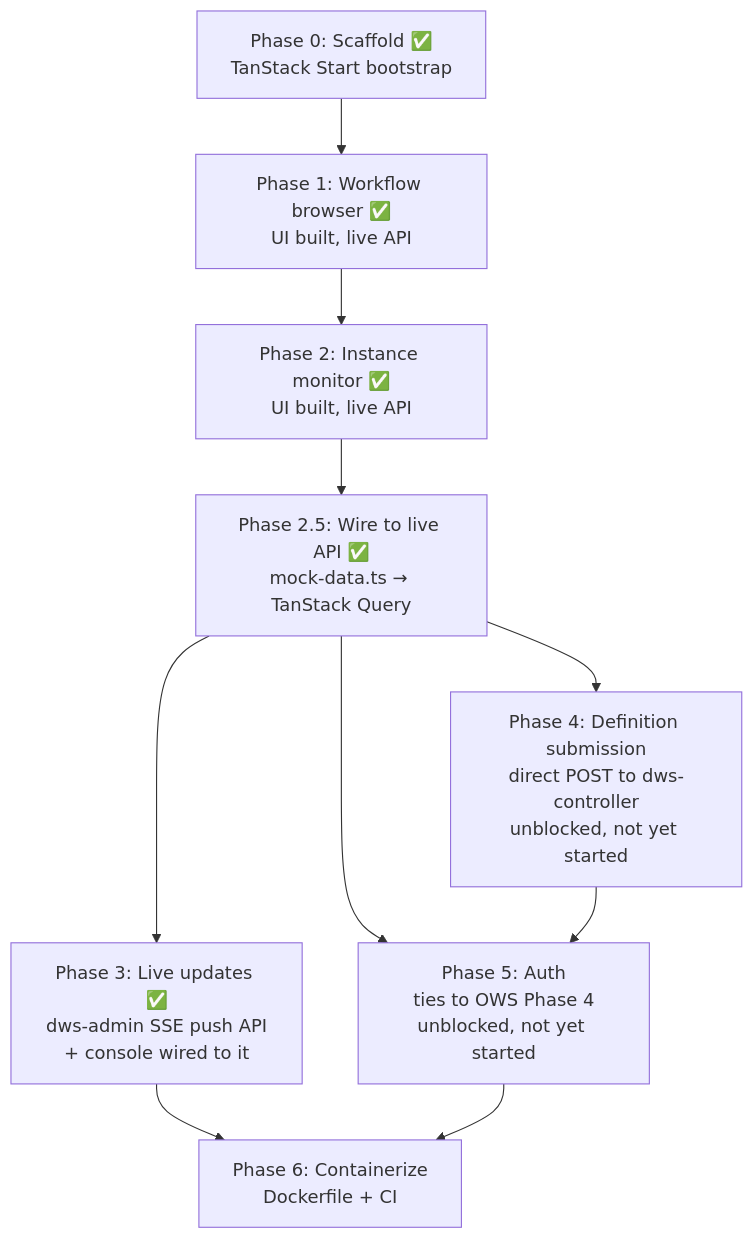
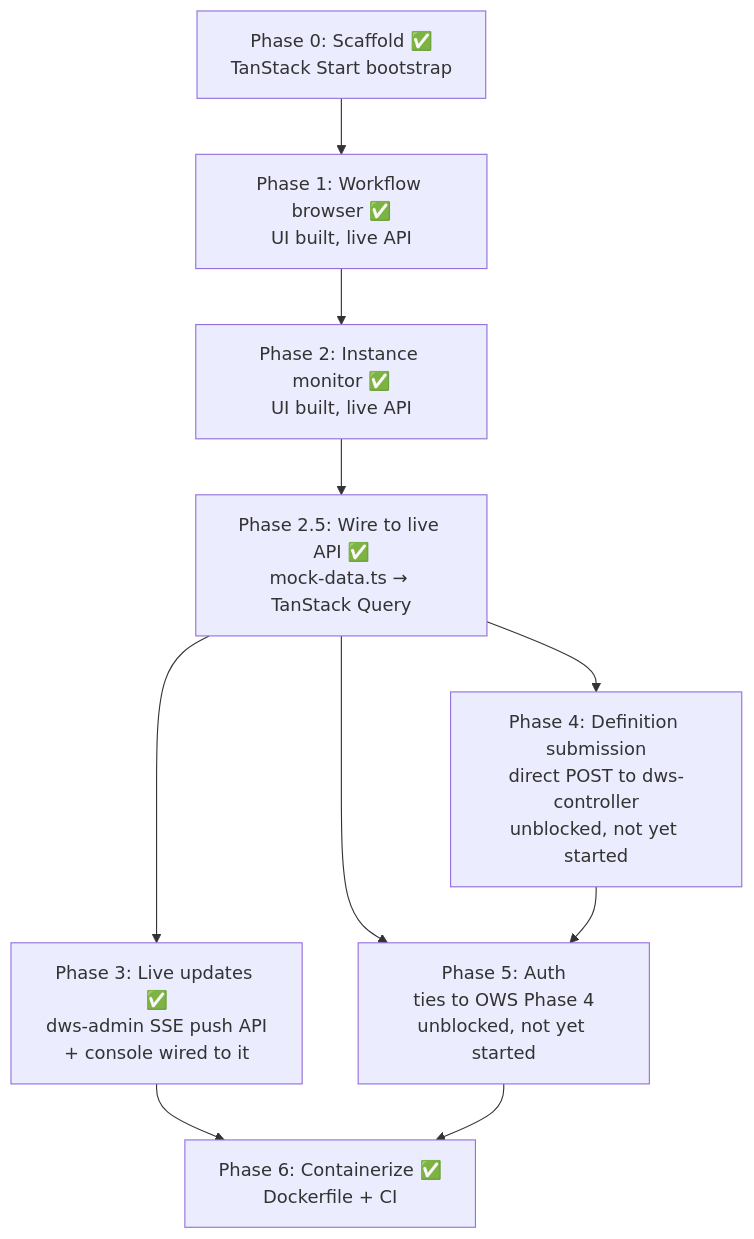
One commit to tonylibs/dapr-workflow-spec changed the diagram in docs/roadmaps/dws-console.md. Above: the diagram before and after it, drawn with Mermaid. The commit also changed other lines of this file and 5 other files, not shown here.

````diff
--- a/docs/roadmaps/dws-console.md
+++ b/docs/roadmaps/dws-console.md
@@ -32,12 +32,12 @@
 ```mermaid
 flowchart TD
   P0["Phase 0: Scaffold ✅<br/>TanStack Start bootstrap"] --> P1["Phase 1: Workflow browser ✅<br/>UI built, live API"]
   P1 --> P2["Phase 2: Instance monitor ✅<br/>UI built, live API"]
   P2 --> P25["Phase 2.5: Wire to live API ✅<br/>mock-data.ts → TanStack Query"]
   P25 --> P3["Phase 3: Live updates ✅<br/>dws-admin SSE push API<br/>+ console wired to it"]
   P25 --> P4["Phase 4: Definition submission<br/>direct POST to dws-controller<br/>unblocked, not yet started"]
   P25 --> P5["Phase 5: Auth<br/>ties to OWS Phase 4<br/>unblocked, not yet started"]
   P4 --> P5
-  P3 --> P6["Phase 6: Containerize<br/>Dockerfile + CI"]
+  P3 --> P6["Phase 6: Containerize ✅<br/>Dockerfile + CI"]
   P5 --> P6
 ```
````
